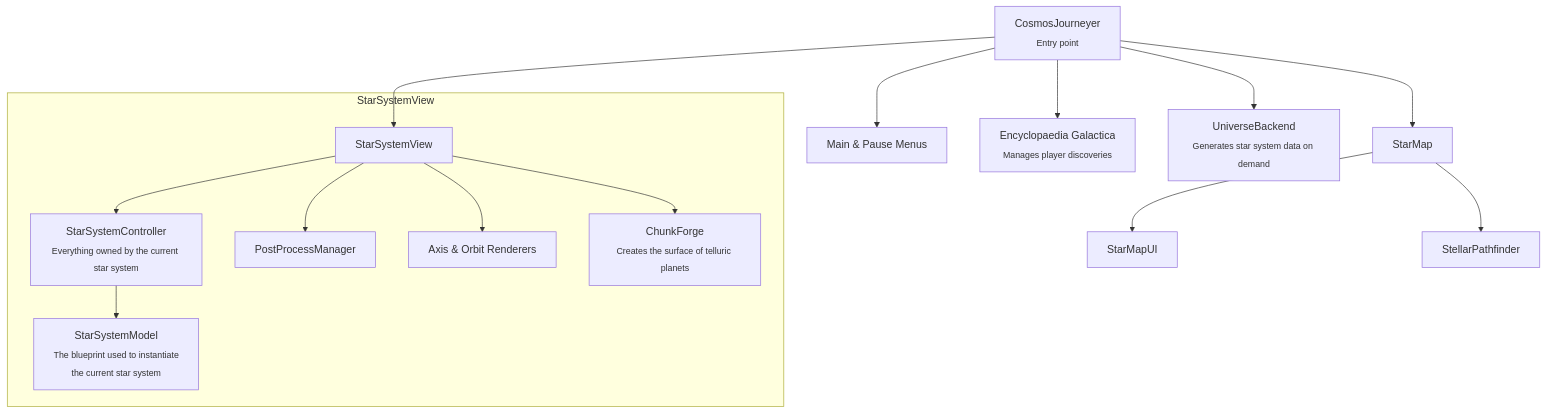
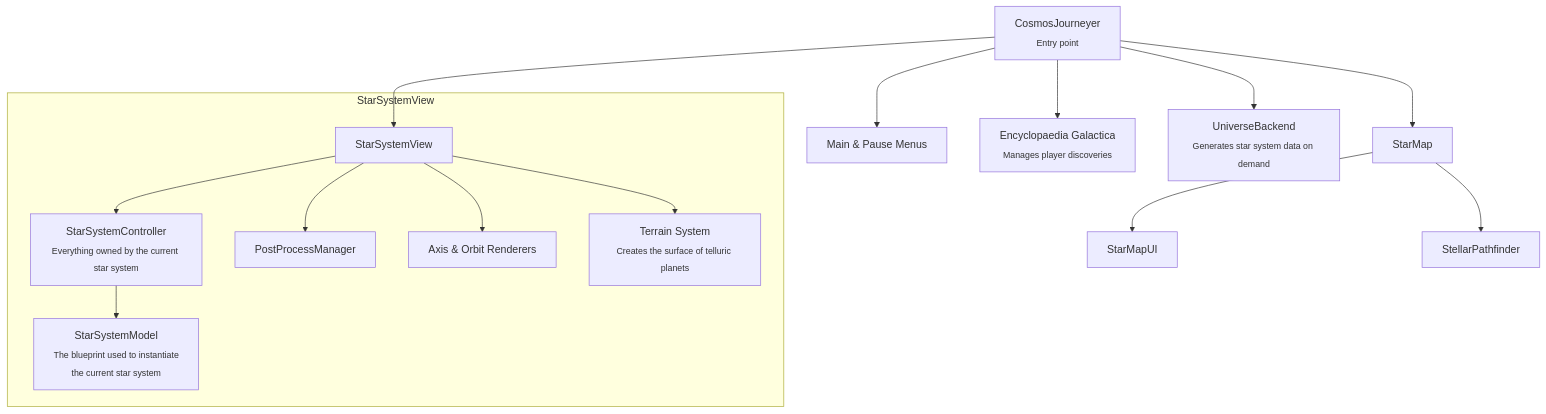
One commit to BarthPaleologue/CosmosJourneyer changed the first of 2 diagrams in ARCHITECTURE.md. Above: the diagram before and after it, drawn with Mermaid. The commit also changed 15 other files, not shown here.

First line of the commit message:
Rename ChunkForge -> TerrainSystem

````diff
--- a/ARCHITECTURE.md
+++ b/ARCHITECTURE.md
@@ -13,26 +13,26 @@
 ```mermaid
 graph TD
     A[CosmosJourneyer<br><sub>Entry point</sub>] --> B[StarMap]
     A --> C[Main & Pause Menus]
     A --> EG[Encyclopaedia Galactica<br><sub>Manages player discoveries</sub>]
     A --> SSDB[UniverseBackend<br><sub>Generates star system data on demand</sub>]
     A --> D[StarSystemView]
 
     B --> J[StarMapUI]
     B --> K[StellarPathfinder]
 
     subgraph StarSystemView
 
         D --> E[StarSystemController<br><sub>Everything owned by the current star system</sub>]
         D --> F[PostProcessManager]
         D --> G[Axis & Orbit Renderers]
-        D --> H[ChunkForge<br><sub>Creates the surface of telluric planets</sub>]
+        D --> H[Terrain System<br><sub>Creates the surface of telluric planets</sub>]
 
         E --> I[StarSystemModel<br><sub>The blueprint used to instantiate<br>the current star system</sub>]
 
     end
 
     %% Styling for annotation text
     classDef subtext font-size:10px, fill:#f9f, stroke-width:0px;
 
 ```
````
